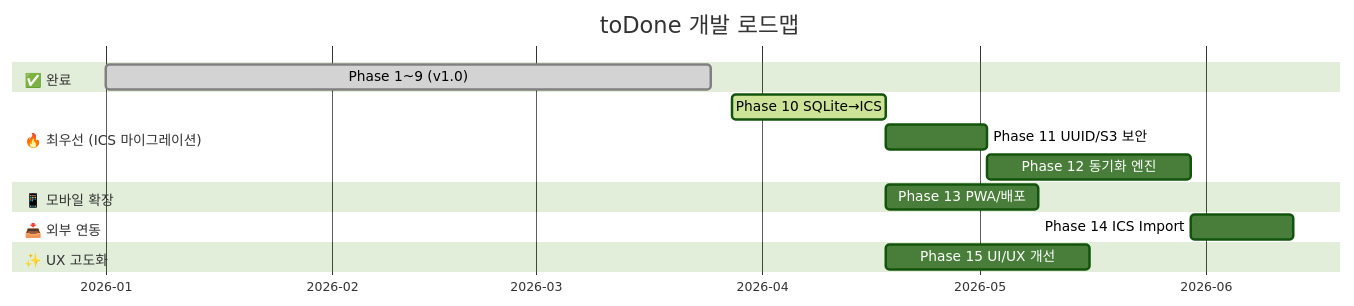
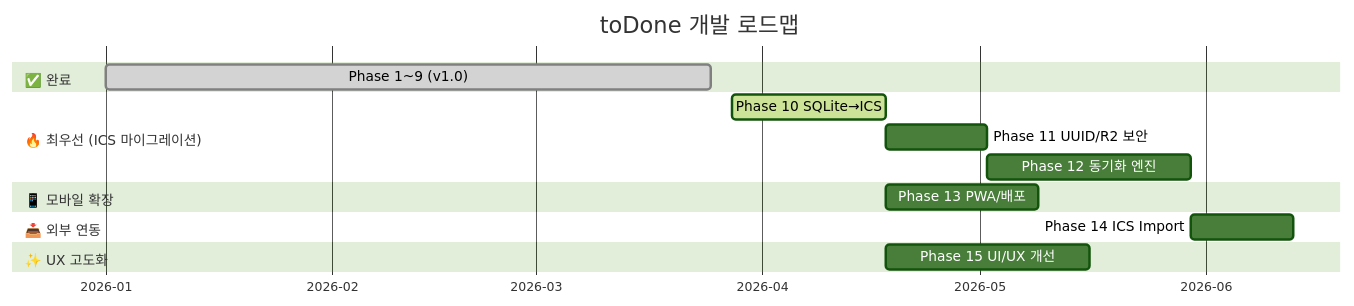
Before and after one commit to seunghok22/toDone: the diagram in docs/03_roadmap.md, drawn with Mermaid (forest theme). The commit also changed other lines of this file, not shown here.

````diff
--- a/docs/03_roadmap.md
+++ b/docs/03_roadmap.md
@@ -124,23 +124,23 @@
 ```mermaid
 gantt
     title toDone 개발 로드맵
     dateFormat YYYY-MM-DD
     axisFormat %Y-%m
 
     section ✅ 완료
     Phase 1~9 (v1.0)       :done, p1, 2026-01-01, 2026-03-25
 
     section 🔥 최우선 (ICS 마이그레이션)
     Phase 10 SQLite→ICS     :active, p10, 2026-03-28, 21d
-    Phase 11 UUID/S3 보안    :p11, after p10, 14d
+    Phase 11 UUID/R2 보안    :p11, after p10, 14d
     Phase 12 동기화 엔진     :p12, after p11, 28d
 
     section 📱 모바일 확장
     Phase 13 PWA/배포        :p13, after p10, 21d
 
     section 📥 외부 연동
     Phase 14 ICS Import     :p14, after p12, 14d
 
     section ✨ UX 고도화
     Phase 15 UI/UX 개선      :p15, after p10, 28d
 ```
````
